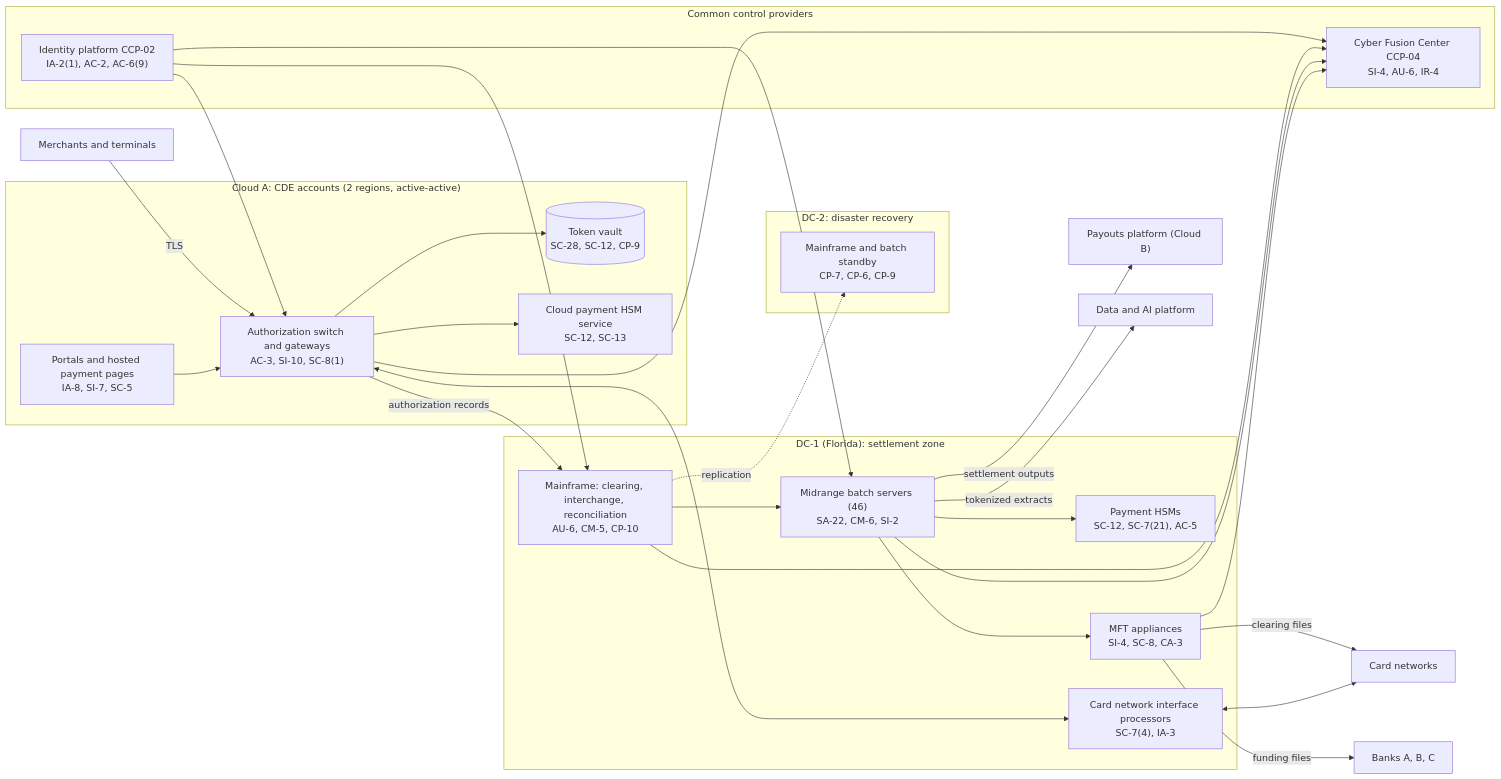
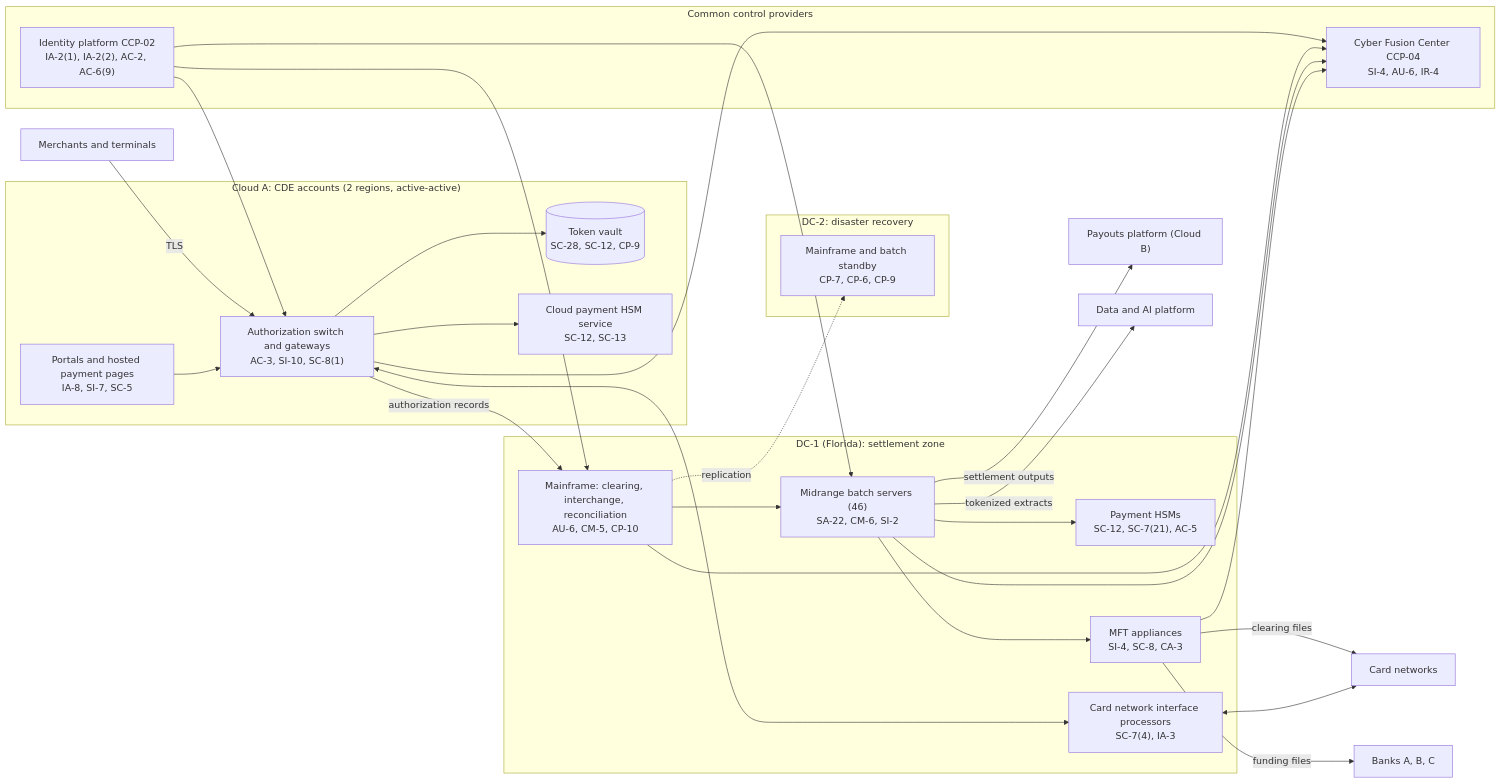
Before and after one commit to saint1415/GRC_Projects: the diagram in 03_company-samples/finance-insurance_financial-services-critical-infrastructure/size-5_enterprise_payment-processor/step-02_P02_system-security-plan/system-security-plan.md, drawn with Mermaid. The commit also changed other lines of this file and 57 other files, not shown here.

````diff
--- a/03_company-samples/finance-insurance_financial-services-critical-infrastructure/size-5_enterprise_payment-processor/step-02_P02_system-security-plan/system-security-plan.md
+++ b/03_company-samples/finance-insurance_financial-services-critical-infrastructure/size-5_enterprise_payment-processor/step-02_P02_system-security-plan/system-security-plan.md
@@ -101,39 +101,39 @@
 ```mermaid
 flowchart LR
   subgraph CA["Cloud A: CDE accounts (2 regions, active-active)"]
     SW["Authorization switch and gateways<br/>AC-3, SI-10, SC-8(1)"]
     TV[("Token vault<br/>SC-28, SC-12, CP-9")]
     PORT["Portals and hosted payment pages<br/>IA-8, SI-7, SC-5"]
     CHSM["Cloud payment HSM service<br/>SC-12, SC-13"]
   end
   subgraph DC1["DC-1 (Florida): settlement zone"]
     MF["Mainframe: clearing, interchange, reconciliation<br/>AU-6, CM-5, CP-10"]
     MR["Midrange batch servers (46)<br/>SA-22, CM-6, SI-2"]
     HSM["Payment HSMs<br/>SC-12, SC-7(21), AC-5"]
     MFT["MFT appliances<br/>SI-4, SC-8, CA-3"]
     NIP["Card network interface processors<br/>SC-7(4), IA-3"]
   end
   subgraph DC2["DC-2: disaster recovery"]
     DR["Mainframe and batch standby<br/>CP-7, CP-6, CP-9"]
   end
   subgraph CCP["Common control providers"]
-    IDP["Identity platform CCP-02<br/>IA-2(1), AC-2, AC-6(9)"]
+    IDP["Identity platform CCP-02<br/>IA-2(1), IA-2(2), AC-2, AC-6(9)"]
     CFC["Cyber Fusion Center CCP-04<br/>SI-4, AU-6, IR-4"]
   end
   MER["Merchants and terminals"] -->|TLS| SW
   SW --> TV
   SW --> CHSM
   SW <--> NIP
   PORT --> SW
   SW -->|authorization records| MF
   MF --> MR --> MFT
   MR --> HSM
   MFT -->|clearing files| NET["Card networks"]
   MFT -->|funding files| BANKS["Banks A, B, C"]
   MF -. replication .-> DR
   NIP <--> NET
   MR -->|settlement outputs| PAY["Payouts platform (Cloud B)"]
   MR -->|tokenized extracts| DL["Data and AI platform"]
   IDP --> SW & MF & MR
   SW & MF & MR & MFT --> CFC
 ```
````
